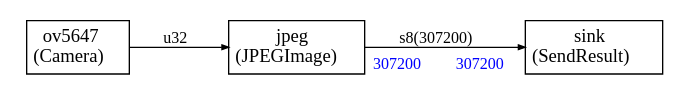
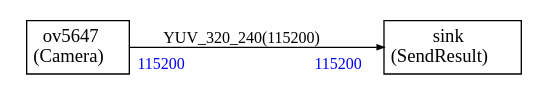
The diagram in EPII_CM55M_APP_S/app/scenario_app/cmsis_stream_app/cv.dot (xavierbrgt/Seeed_Grove_Vision_AI_Module_V2), drawn with Graphviz before and after one commit. The commit also changed 11 other files, not shown here.

```diff
--- a/EPII_CM55M_APP_S/app/scenario_app/cmsis_stream_app/cv.dot
+++ b/EPII_CM55M_APP_S/app/scenario_app/cmsis_stream_app/cv.dot
@@ -1,46 +1,35 @@
 
 
 
 
 digraph structs {
     bgcolor = "white"
     node [shape=plaintext,color="black",fontcolor="black",fontname="Times-Roman"]
     rankdir=LR
     edge [arrowsize="0.5",color="black",fontcolor="black",fontname="Times-Roman"]
 
-
-jpeg [label=<
-<TABLE color="black" bgcolor="none" BORDER="0" CELLBORDER="1" CELLSPACING="0" CELLPADDING="4">
-  <TR>
-    <TD ALIGN="CENTER" PORT="i"><FONT COLOR="black" POINT-SIZE="14.0">jpeg<BR/>(JPEGImage)</FONT></TD>
-  </TR>
-</TABLE>>];
 
 ov5647 [label=<
 <TABLE color="black" bgcolor="none" BORDER="0" CELLBORDER="1" CELLSPACING="0" CELLPADDING="4">
   <TR>
     <TD ALIGN="CENTER" PORT="i"><FONT COLOR="black" POINT-SIZE="14.0">ov5647<BR/>(Camera)</FONT></TD>
   </TR>
 </TABLE>>];
 
 sink [label=<
 <TABLE color="black" bgcolor="none" BORDER="0" CELLBORDER="1" CELLSPACING="0" CELLPADDING="4">
   <TR>
     <TD ALIGN="CENTER" PORT="i"><FONT COLOR="black" POINT-SIZE="14.0">sink<BR/>(SendResult)</FONT></TD>
   </TR>
 </TABLE>>];
 
 
 
-ov5647:i -> jpeg:i [style="solid",color="black",fontsize="12.0",fontcolor="black",label=<u32>
-
-]
-
-jpeg:i -> sink:i [style="solid",color="black",fontsize="12.0",fontcolor="black",label=<s8(307200)>
-,headlabel=<<TABLE BORDER="0" CELLPADDING="4"><TR><TD><FONT COLOR="blue" POINT-SIZE="12.0" >307200</FONT>
+ov5647:i -> sink:i [style="solid",color="black",fontsize="12.0",fontcolor="black",label=<YUV_320_240(115200)>
+,headlabel=<<TABLE BORDER="0" CELLPADDING="4"><TR><TD><FONT COLOR="blue" POINT-SIZE="12.0" >115200</FONT>
 </TD></TR></TABLE>>
-,taillabel=<<TABLE BORDER="0" CELLPADDING="4"><TR><TD><FONT COLOR="blue" POINT-SIZE="12.0" >307200</FONT>
+,taillabel=<<TABLE BORDER="0" CELLPADDING="4"><TR><TD><FONT COLOR="blue" POINT-SIZE="12.0" >115200</FONT>
 </TD></TR></TABLE>>]
 
 
 }
```
